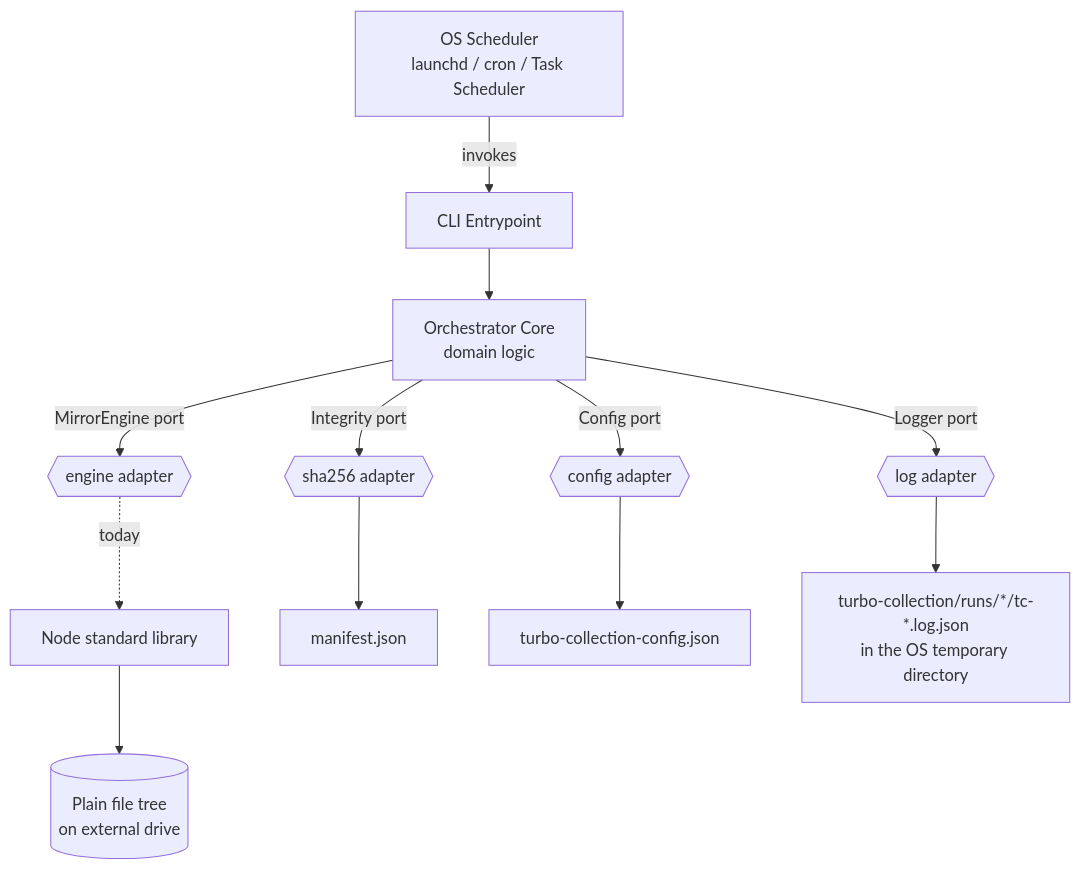
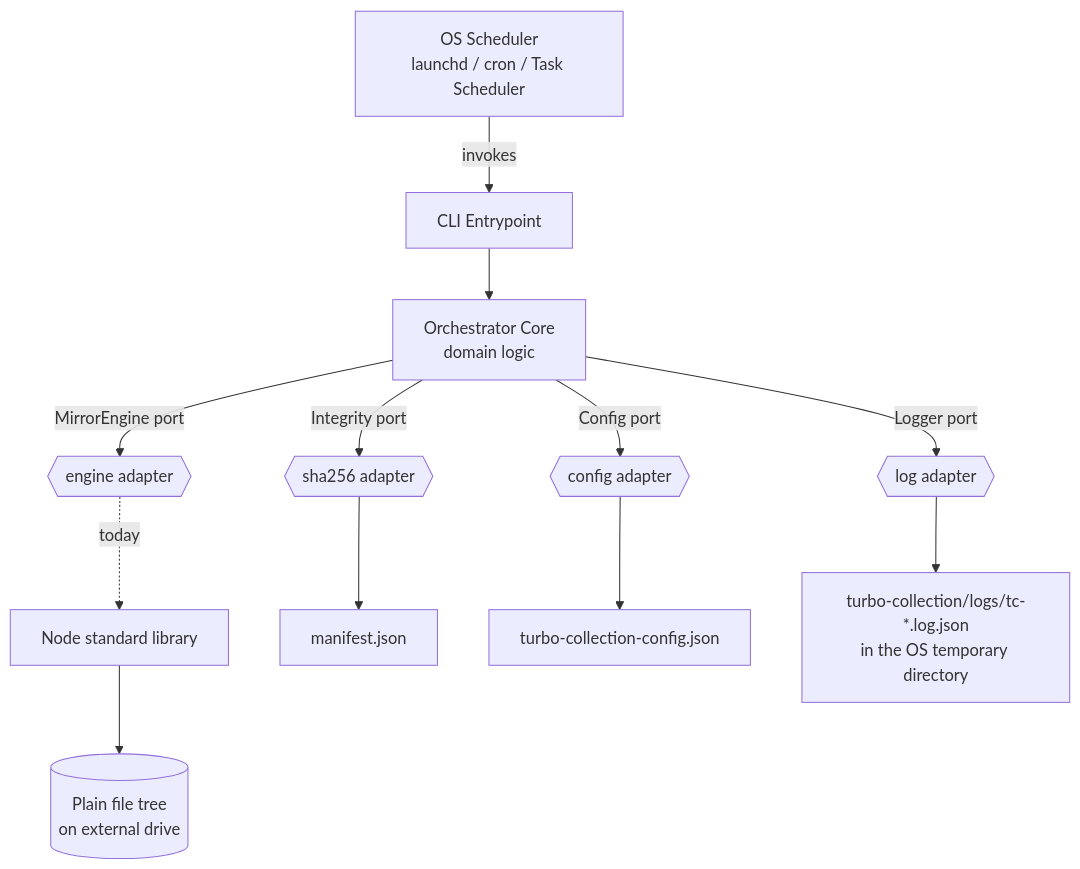
One commit to NikoAri/turbo-collection changed the first of 2 diagrams in docs/design-record.md. Above: the diagram before and after it, drawn with Mermaid. The commit also changed other lines of this file and 32 other files, not shown here.

First line of the commit message:
feat(logging): restructure logging mechanism to use a centralized log directory

````diff
--- a/docs/design-record.md
+++ b/docs/design-record.md
@@ -267,17 +267,17 @@
 ```mermaid
 graph TD
     SCHED[OS Scheduler<br/>launchd / cron / Task Scheduler] -->|invokes| CLI[CLI Entrypoint]
     CLI --> CORE[Orchestrator Core<br/>domain logic]
 
     CORE -->|MirrorEngine port| E{{engine adapter}}
     CORE -->|Integrity port| I{{sha256 adapter}}
     CORE -->|Config port| C{{config adapter}}
     CORE -->|Logger port| L{{log adapter}}
 
     E -.today.-> SL[Node standard library]
     I --> MAN[manifest.json]
     C --> CFG[turbo-collection-config.json]
-    L --> LOG[turbo-collection/runs/*/tc-*.log.json<br/>in the OS temporary directory]
+    L --> LOG[turbo-collection/logs/tc-*.log.json<br/>in the OS temporary directory]
 
     SL --> DATA[(Plain file tree<br/>on external drive)]
 ```
````
